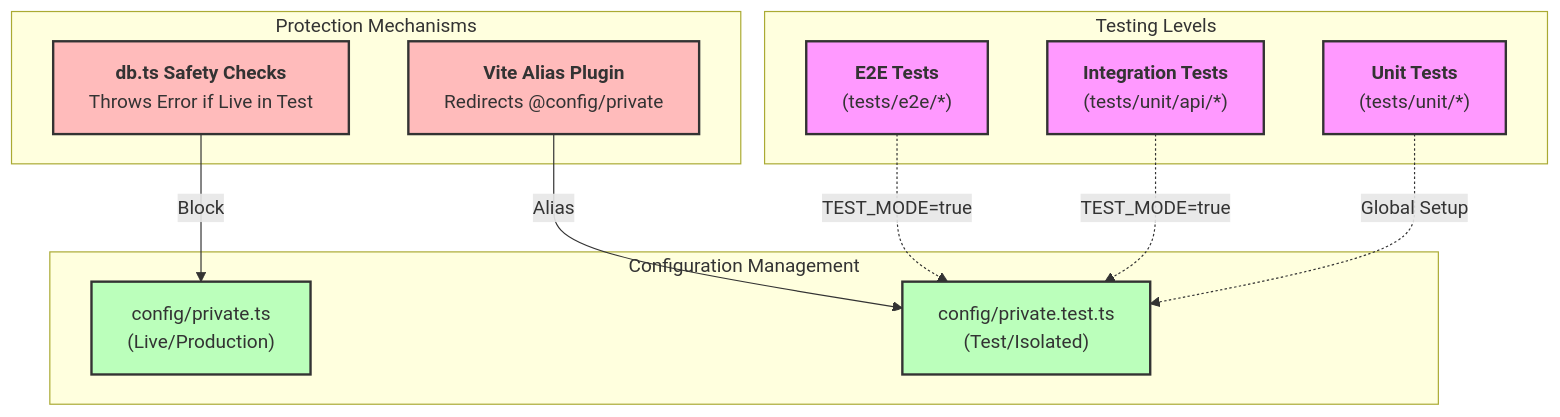
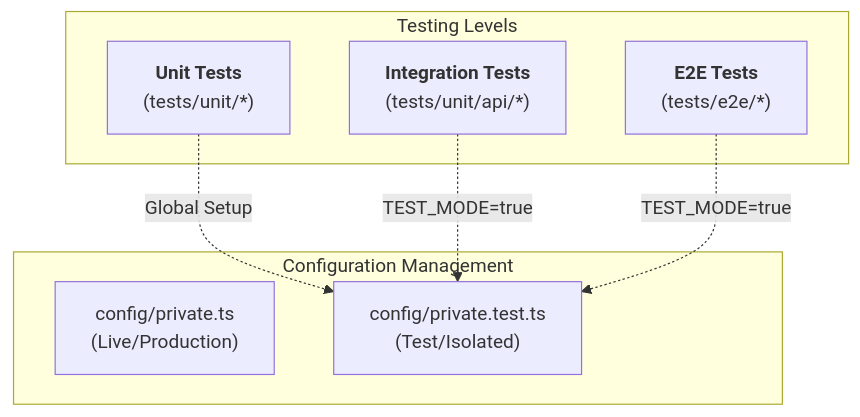
One commit to TamoorArif/SveltyCMS changed the diagram in docs/tests/index.mdx. Above: the diagram before and after it, drawn with Mermaid. The commit also changed other lines of this file and 56 other files, not shown here.

````diff
--- a/docs/tests/index.mdx
+++ b/docs/tests/index.mdx
@@ -58,33 +53,17 @@
 ```mermaid
 graph TD
     subgraph "Testing Levels"
         Unit["<b>Unit Tests</b><br/>(tests/unit/*)"]
         Int["<b>Integration Tests</b><br/>(tests/unit/api/*)"]
         E2E["<b>E2E Tests</b><br/>(tests/e2e/*)"]
     end
 
     subgraph "Configuration Management"
         PC["config/private.ts<br/>(Live/Production)"]
         PT["config/private.test.ts<br/>(Test/Isolated)"]
     end
 
     Unit -.-> |Global Setup| PT
     Int -.-> |TEST_MODE=true| PT
     E2E -.-> |TEST_MODE=true| PT
-
-    subgraph "Protection Mechanisms"
-        VitePlugin["<b>Vite Alias Plugin</b><br/>Redirects @config/private"]
-        DBProtection["<b>db.ts Safety Checks</b><br/>Throws Error if Live in Test"]
-    end
-
-    VitePlugin --> |Alias| PT
-    DBProtection --> |Block| PC
-
-    classDef test fill:#f9f,stroke:#333,stroke-width:2px;
-    classDef config fill:#bfb,stroke:#333,stroke-width:2px;
-    classDef protection fill:#fbb,stroke:#333,stroke-width:2px;
-
-    class Unit,Int,E2E test;
-    class PC,PT config;
-    class VitePlugin,DBProtection protection;
 ```
````
